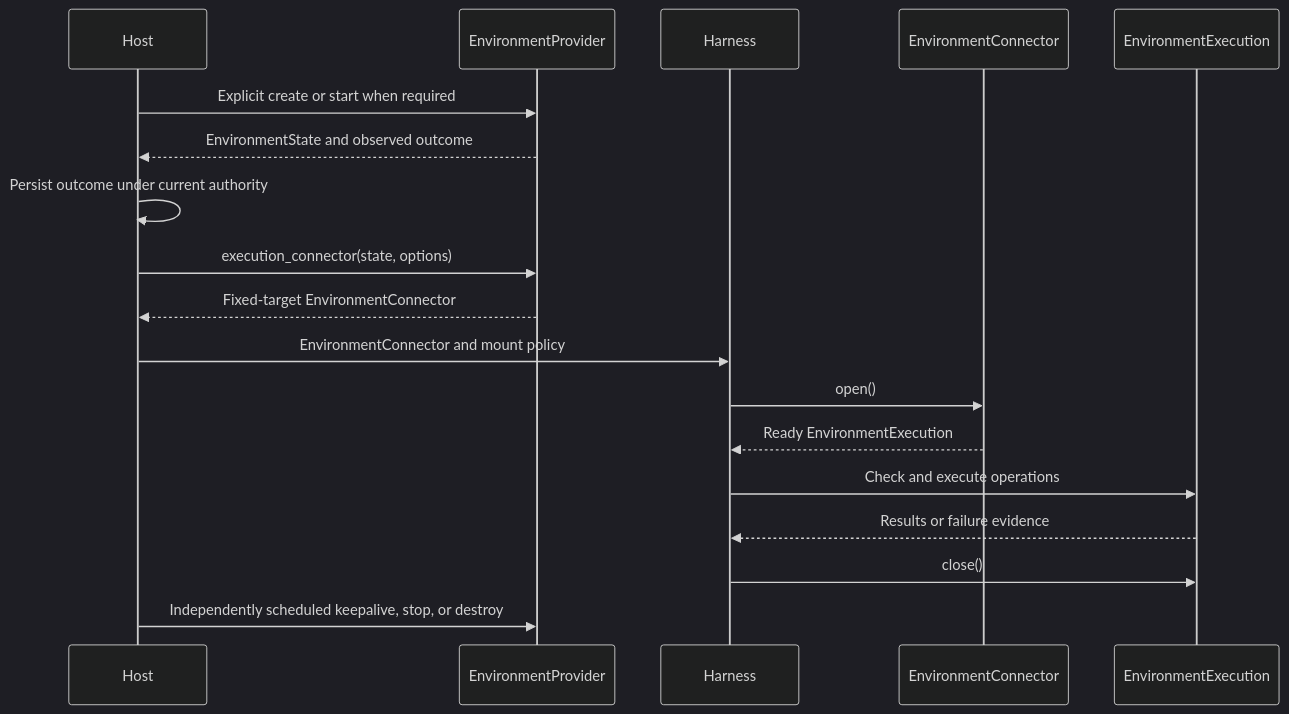
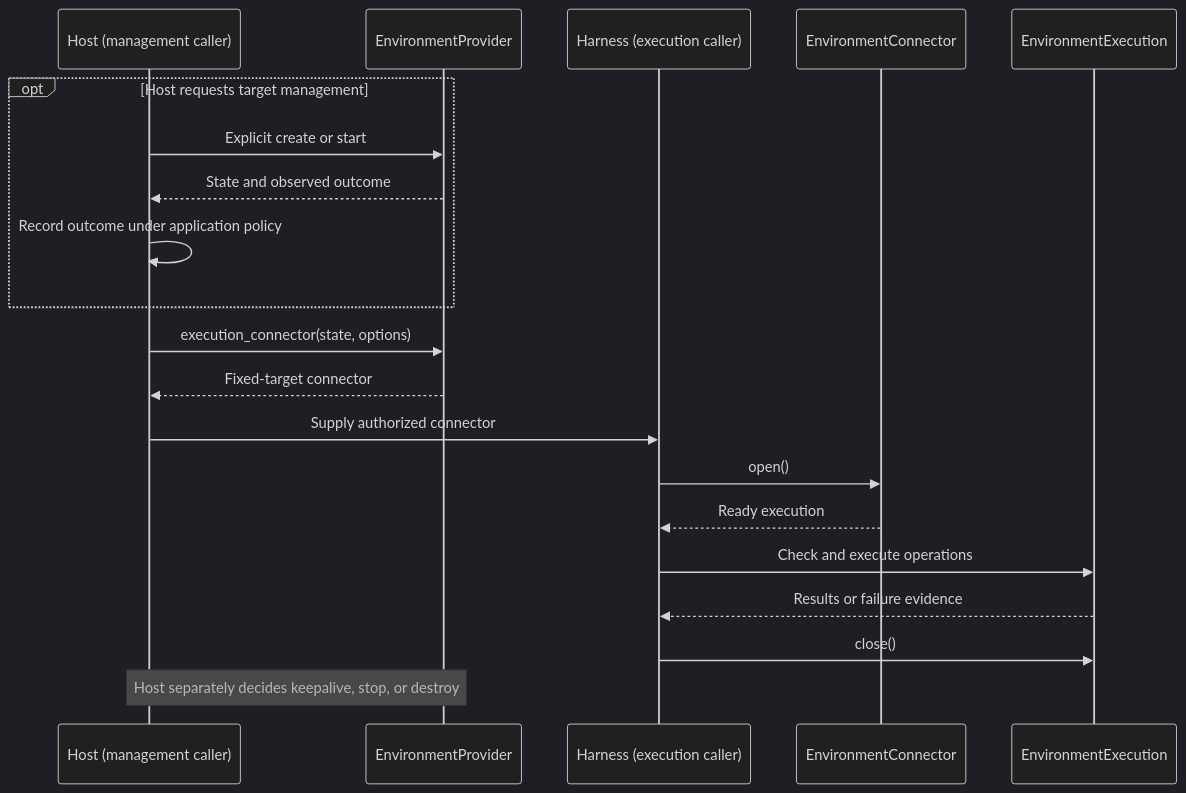
Before and after one commit to converge-ai-labs/agent-foundation: the second of 2 diagrams in spec/a13n-environment/00-overview.md, drawn with Mermaid (dark theme). The commit also changed other lines of this file and 26 other files, not shown here.

Commit message:
Clarify Host-owned environment readiness and review ownership

````diff
--- a/spec/a13n-environment/00-overview.md
+++ b/spec/a13n-environment/00-overview.md
@@ -37,20 +34,22 @@
 ```mermaid
 sequenceDiagram
-    participant Host
+    participant Host as Host (management caller)
     participant Provider as EnvironmentProvider
-    participant Harness
-    participant EnvironmentConnector
+    participant Harness as Harness (execution caller)
+    participant Connector as EnvironmentConnector
     participant Execution as EnvironmentExecution
-    Host->>Provider: Explicit create or start when required
-    Provider-->>Host: EnvironmentState and observed outcome
-    Host->>Host: Persist outcome under current authority
+    opt Host requests target management
+        Host->>Provider: Explicit create or start
+        Provider-->>Host: State and observed outcome
+        Host->>Host: Record outcome under application policy
+    end
     Host->>Provider: execution_connector(state, options)
-    Provider-->>Host: Fixed-target EnvironmentConnector
-    Host->>Harness: EnvironmentConnector and mount policy
-    Harness->>EnvironmentConnector: open()
-    EnvironmentConnector-->>Harness: Ready EnvironmentExecution
+    Provider-->>Host: Fixed-target connector
+    Host->>Harness: Supply authorized connector
+    Harness->>Connector: open()
+    Connector-->>Harness: Ready execution
     Harness->>Execution: Check and execute operations
     Execution-->>Harness: Results or failure evidence
     Harness->>Execution: close()
-    Host->>Provider: Independently scheduled keepalive, stop, or destroy
+    Note over Host,Provider: Host separately decides keepalive, stop, or destroy
 ```
````
